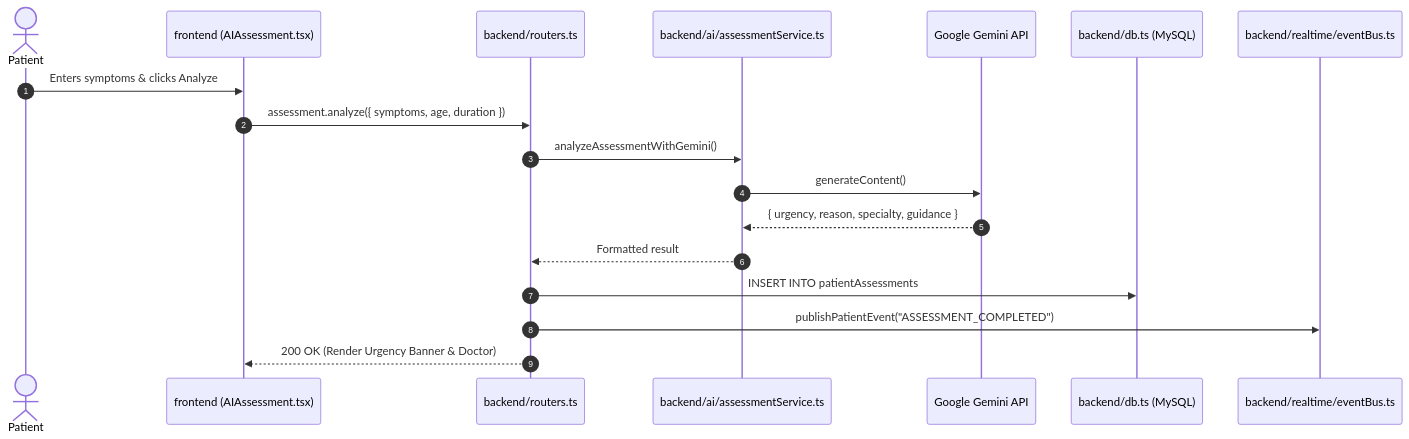
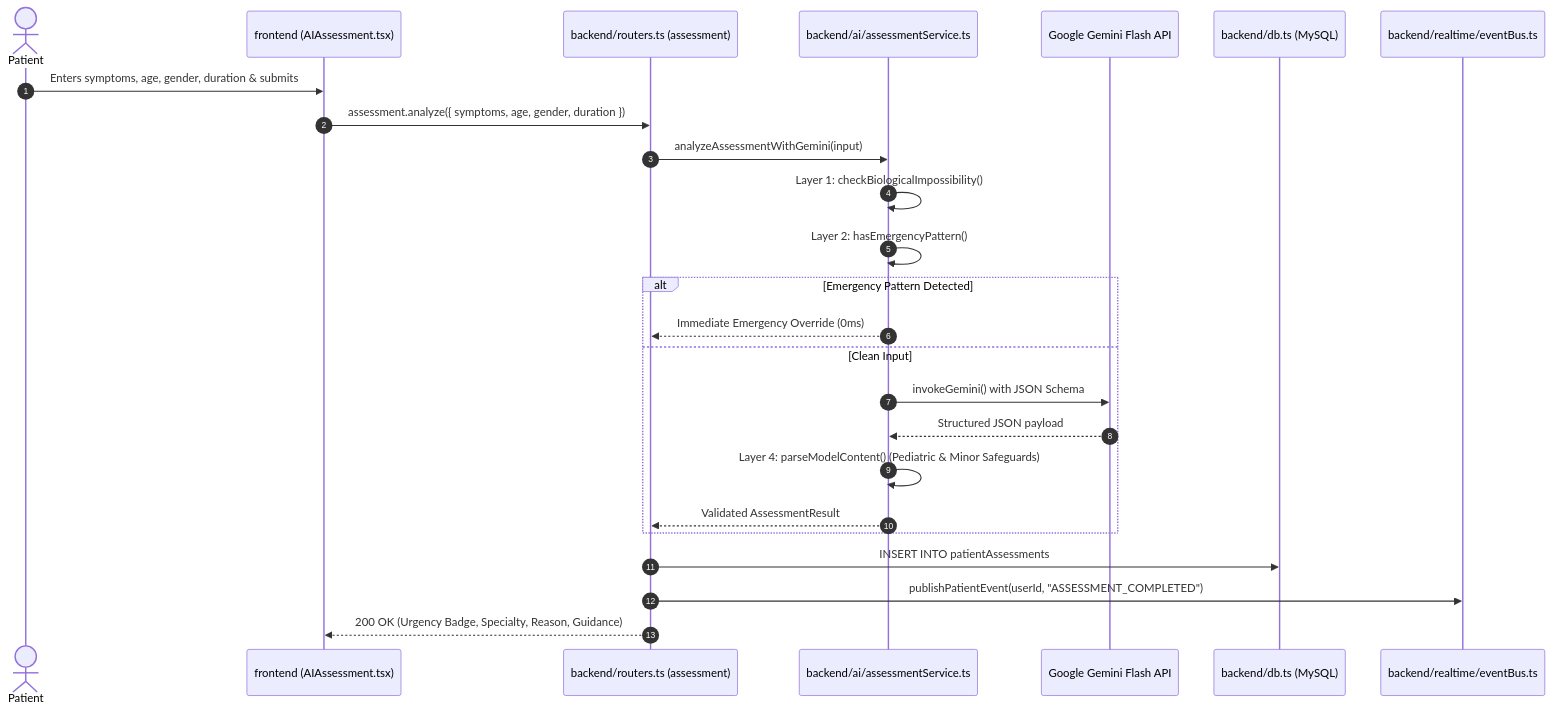
The sixth of 7 diagrams in SYSTEM_DIAGRAMS.md (sarthakmandhare34/New-LifeLink-Smart-Healthcare-Assistance-Platform), drawn with Mermaid before and after one commit. The commit also changed other lines of this file and 7 other files, not shown here.

Commit message:
docs: comprehensive update of project documentation, diagrams, and implementation reports

````diff
--- a/SYSTEM_DIAGRAMS.md
+++ b/SYSTEM_DIAGRAMS.md
@@ -300,21 +339,28 @@
 ```mermaid
 sequenceDiagram
     autonumber
     actor Patient as Patient
     participant UI as frontend (AIAssessment.tsx)
-    participant Router as backend/routers.ts
-    participant AI as backend/ai/assessmentService.ts
-    participant Gemini as Google Gemini API
+    participant Router as backend/routers.ts (assessment)
+    participant Safety as backend/ai/assessmentService.ts
+    participant Gemini as Google Gemini Flash API
     participant DB as backend/db.ts (MySQL)
     participant SSE as backend/realtime/eventBus.ts
 
-    Patient->>UI: Enters symptoms & clicks Analyze
-    UI->>Router: assessment.analyze({ symptoms, age, duration })
-    Router->>AI: analyzeAssessmentWithGemini()
-    AI->>Gemini: generateContent()
-    Gemini-->>AI: { urgency, reason, specialty, guidance }
-    AI-->>Router: Formatted result
+    Patient->>UI: Enters symptoms, age, gender, duration & submits
+    UI->>Router: assessment.analyze({ symptoms, age, gender, duration })
+    Router->>Safety: analyzeAssessmentWithGemini(input)
+    Safety->>Safety: Layer 1: checkBiologicalImpossibility()
+    Safety->>Safety: Layer 2: hasEmergencyPattern()
+    alt Emergency Pattern Detected
+        Safety-->>Router: Immediate Emergency Override (0ms)
+    else Clean Input
+        Safety->>Gemini: invokeGemini() with JSON Schema
+        Gemini-->>Safety: Structured JSON payload
+        Safety->>Safety: Layer 4: parseModelContent() (Pediatric & Minor Safeguards)
+        Safety-->>Router: Validated AssessmentResult
+    end
     Router->>DB: INSERT INTO patientAssessments
-    Router->>SSE: publishPatientEvent("ASSESSMENT_COMPLETED")
-    Router-->>UI: 200 OK (Render Urgency Banner & Doctor)
+    Router->>SSE: publishPatientEvent(userId, "ASSESSMENT_COMPLETED")
+    Router-->>UI: 200 OK (Urgency Badge, Specialty, Reason, Guidance)
 ```
````
